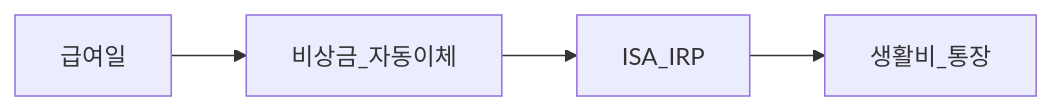
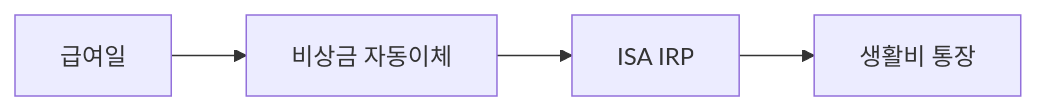
One commit to goldanghenry/Finances changed the fourth of 4 diagrams in 01-foundations/cash-flow-basics.md. Above: the diagram before and after it, drawn with Mermaid. The commit also changed other lines of this file and 211 other files, not shown here.

````diff
--- a/01-foundations/cash-flow-basics.md
+++ b/01-foundations/cash-flow-basics.md
@@ -337,6 +350,6 @@
 ```mermaid
 flowchart LR
-  Pay[급여일] --> Auto0[비상금_자동이체]
-  Auto0 --> Auto2[ISA_IRP]
-  Auto2 --> Remain[생활비_통장]
+  Pay[급여일] --> Auto0["비상금 자동이체"]
+  Auto0 --> Auto2["ISA IRP"]
+  Auto2 --> Remain["생활비 통장"]
 ```
````
